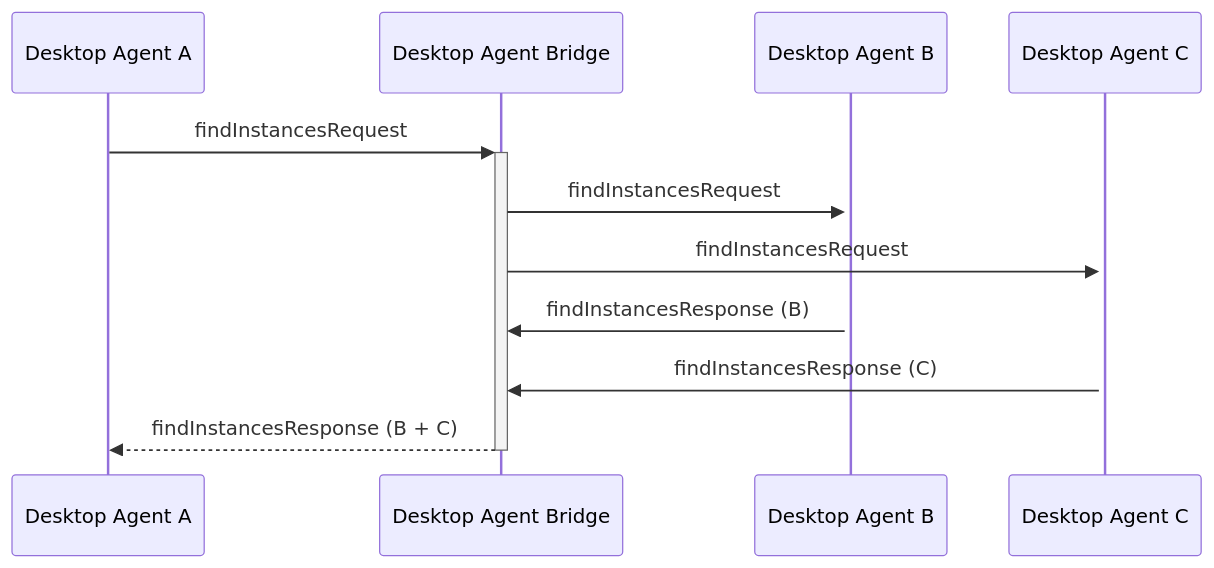
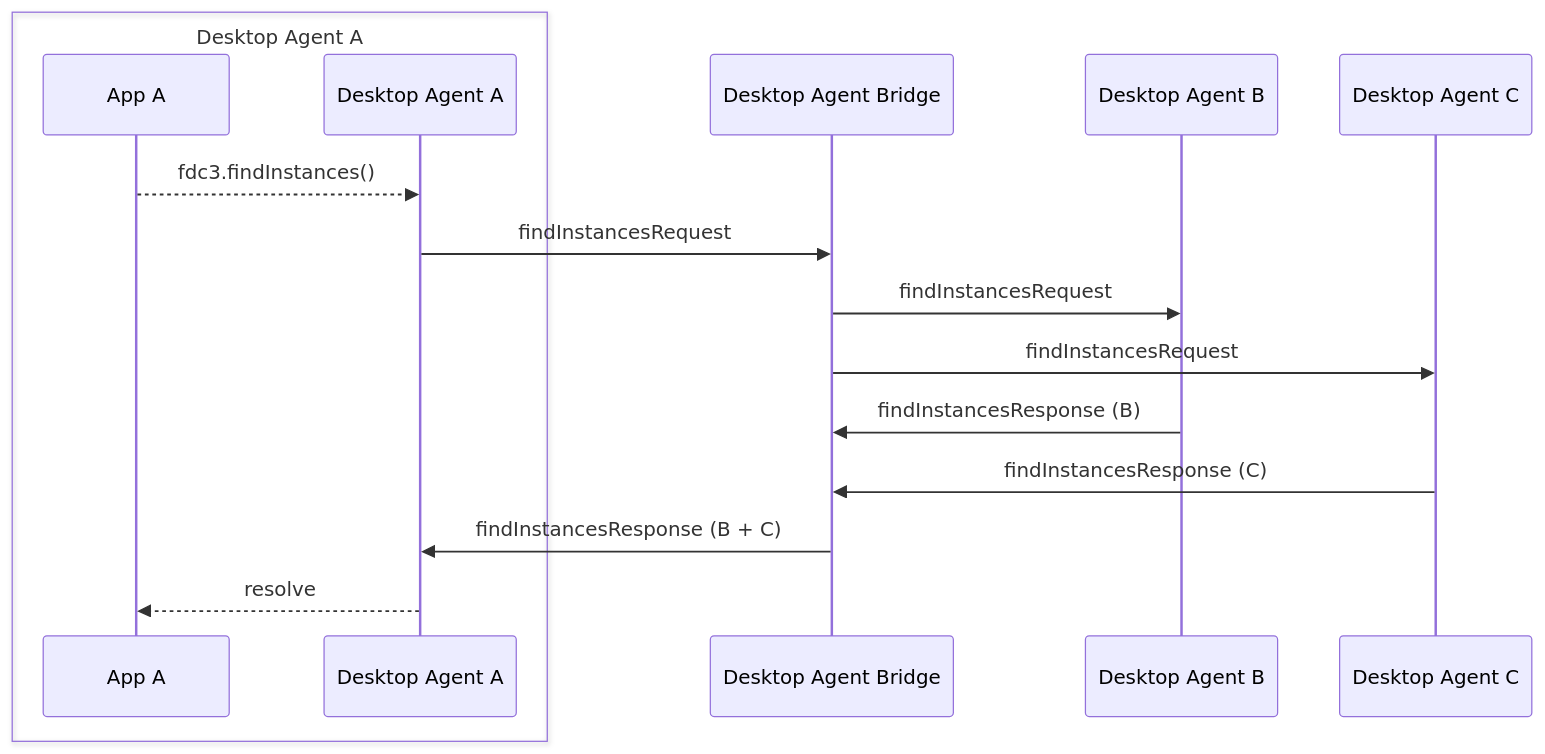
One commit to InteropIO/FDC3 changed the diagram in docs/agent-bridging/ref/findInstances.md. Above: the diagram before and after it, drawn with Mermaid. The commit also changed 12 other files, not shown here.

Commit message:
Add the app to each reference page mermaid diagram to clarify how message exchanges work

````diff
--- a/docs/agent-bridging/ref/findInstances.md
+++ b/docs/agent-bridging/ref/findInstances.md
@@ -25,13 +25,18 @@
 ```mermaid
 sequenceDiagram
+    box Desktop Agent A
+    participant AA as App A
     participant DA as Desktop Agent A
+    end
     participant DAB as Desktop Agent Bridge
     participant DB as Desktop Agent B
     participant DC as Desktop Agent C
-    DA ->>+ DAB: findInstancesRequest
-    DAB ->>+ DB: findInstancesRequest
-    DAB ->>+ DC: findInstancesRequest
+    AA -->> DA: fdc3.findInstances()
+    DA ->> DAB: findInstancesRequest
+    DAB ->> DB: findInstancesRequest
+    DAB ->> DC: findInstancesRequest
     DB ->> DAB: findInstancesResponse (B)
     DC ->> DAB: findInstancesResponse (C)
-    DAB -->>- DA: findInstancesResponse (B + C)
+    DAB ->> DA: findInstancesResponse (B + C)
+    DA -->> AA: resolve
 ```
````
